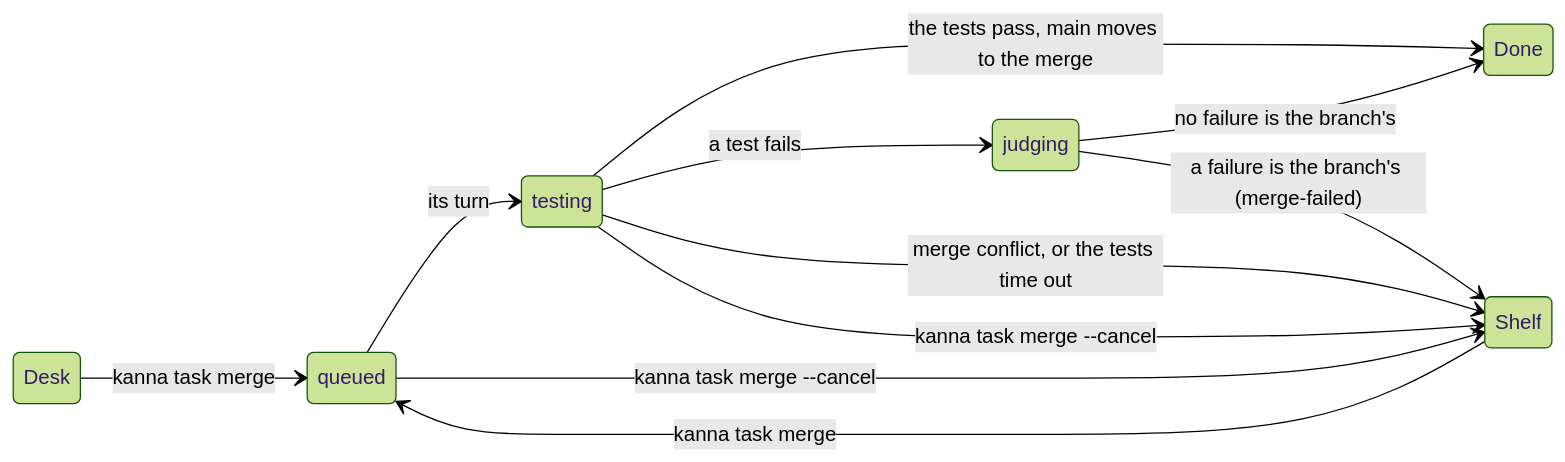
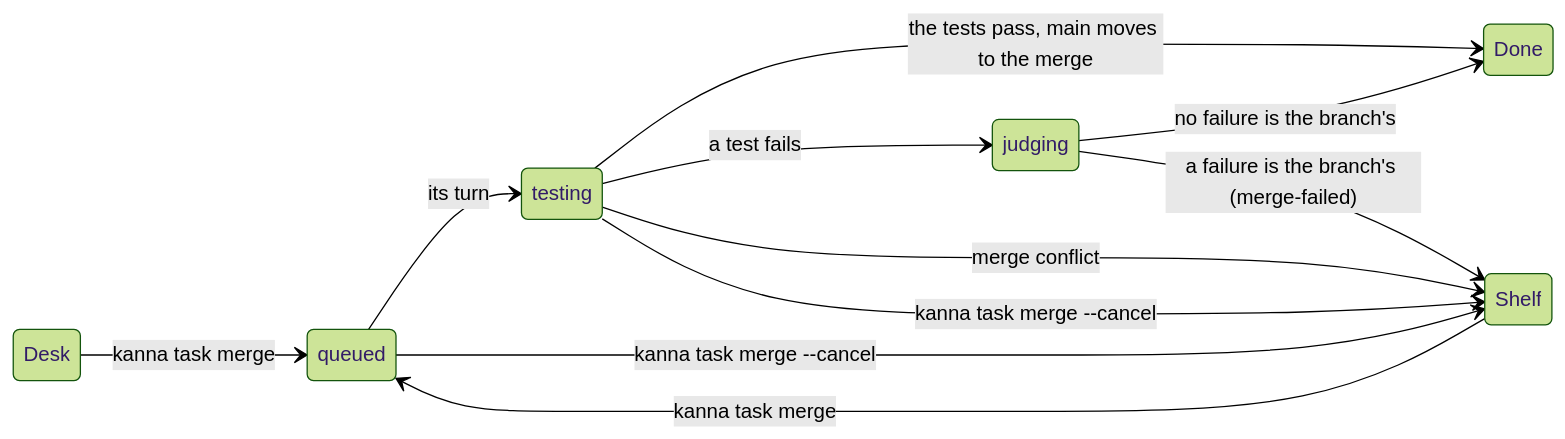
Before and after one commit to tampopogk/kanna: the first of 5 diagrams in docs/specs/merge-queue.md, drawn with Mermaid (forest theme). The commit also changed other lines of this file and 3 other files, not shown here.

Commit message:
Merge queue: the tests have no time limit; merge.within is gone, and only a repo's own pipeline can set within on a stage

````diff
--- a/docs/specs/merge-queue.md
+++ b/docs/specs/merge-queue.md
@@ -31,14 +31,14 @@
 ```mermaid
 stateDiagram-v2
     direction LR
     Desk --> queued: kanna task merge
     Shelf --> queued: kanna task merge
     queued --> testing: its turn
     testing --> Done: the tests pass, main moves to the merge
     testing --> judging: a test fails
     judging --> Done: no failure is the branch's
     judging --> Shelf: a failure is the branch's (merge-failed)
-    testing --> Shelf: merge conflict, or the tests time out
+    testing --> Shelf: merge conflict
     queued --> Shelf: kanna task merge --cancel
     testing --> Shelf: kanna task merge --cancel
 ```
````
